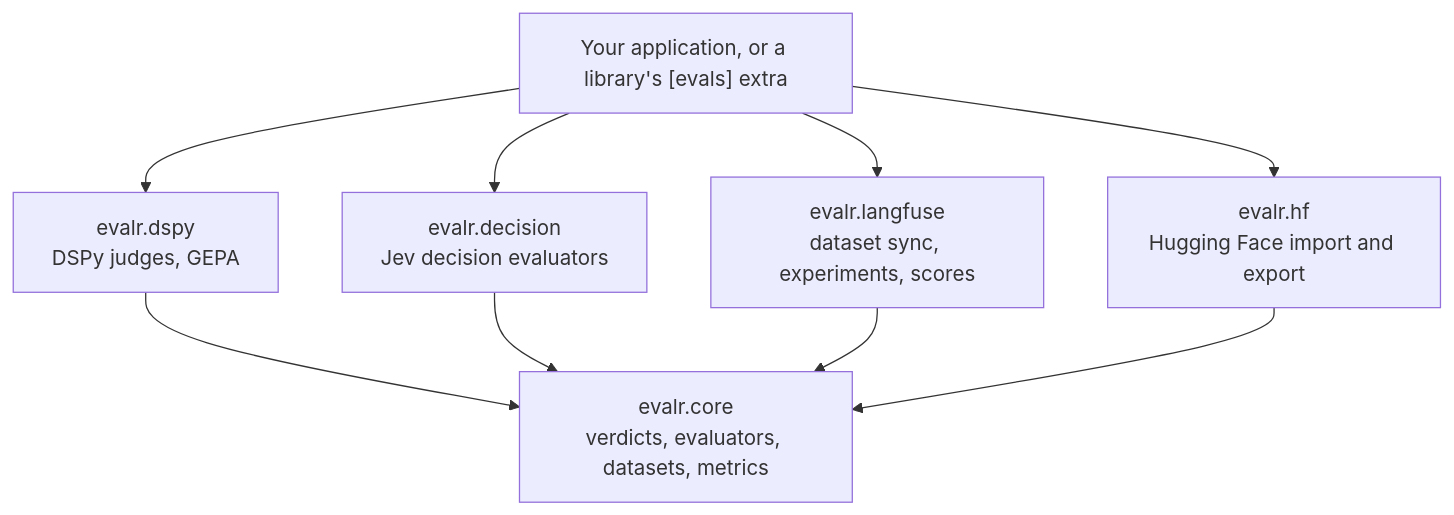
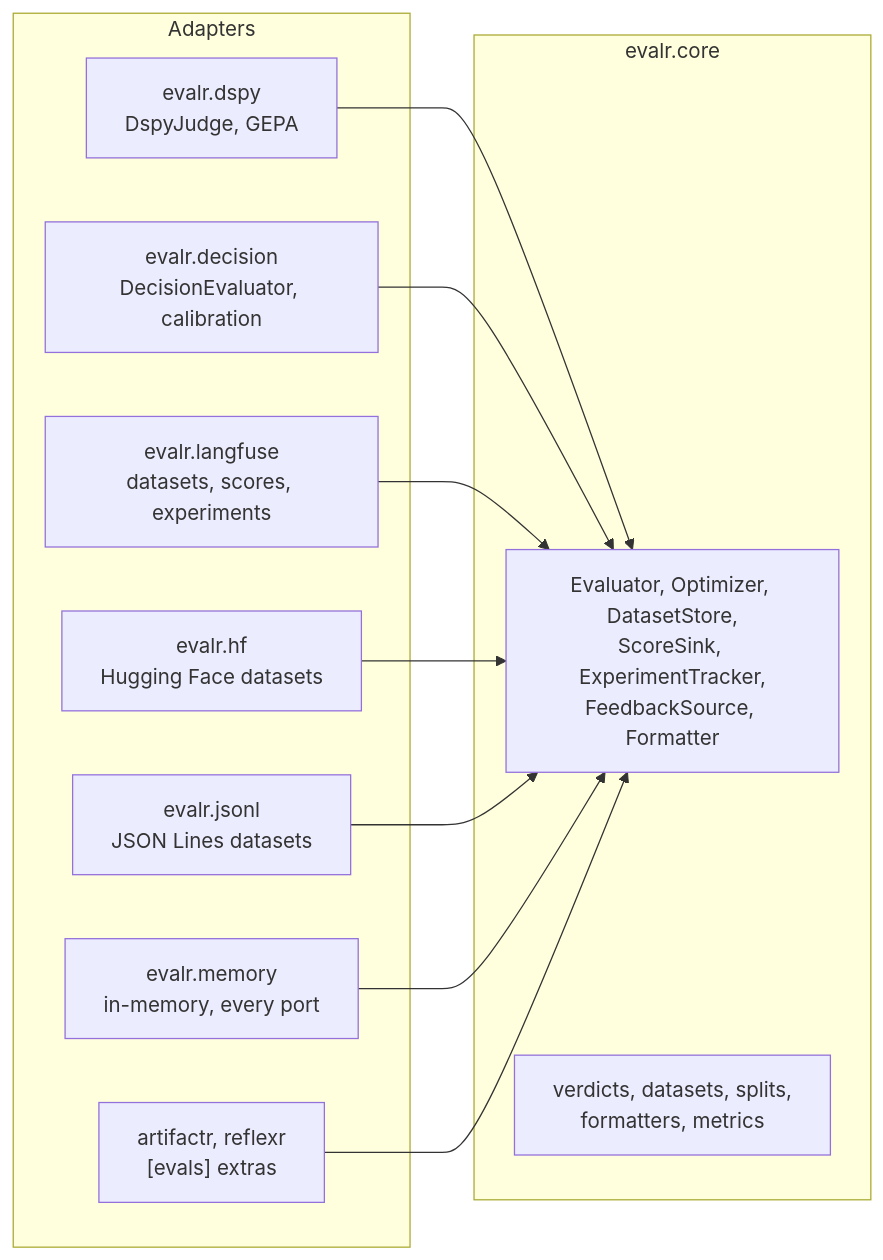
Before and after one commit to alexnodeland/evalr: the diagram in docs/architecture.md, drawn with Mermaid. The commit also changed other lines of this file and 2 other files, not shown here.

First line of the commit message:
docs(adr): build evalr as ports and adapters (#6)

````diff
--- a/docs/architecture.md
+++ b/docs/architecture.md
@@ -34,11 +37,23 @@
 ```mermaid
-graph TD
-    app["Your application, or a library's [evals] extra"] --> dspy["evalr.dspy<br/>DSPy judges, GEPA"]
-    app --> decision["evalr.decision<br/>Jev decision evaluators"]
-    app --> langfuse["evalr.langfuse<br/>dataset sync, experiments, scores"]
-    app --> hf["evalr.hf<br/>Hugging Face import and export"]
-    dspy --> core["evalr.core<br/>verdicts, evaluators, datasets, metrics"]
-    decision --> core
-    langfuse --> core
-    hf --> core
+graph LR
+    subgraph adapters["Adapters"]
+        dspy["evalr.dspy<br/>DspyJudge, GEPA"]
+        decision["evalr.decision<br/>DecisionEvaluator, calibration"]
+        langfuse["evalr.langfuse<br/>datasets, scores, experiments"]
+        hf["evalr.hf<br/>Hugging Face datasets"]
+        jsonl["evalr.jsonl<br/>JSON Lines datasets"]
+        memory["evalr.memory<br/>in-memory, every port"]
+        libs["artifactr, reflexr<br/>[evals] extras"]
+    end
+    subgraph core["evalr.core"]
+        ports["Evaluator, Optimizer, DatasetStore,<br/>ScoreSink, ExperimentTracker,<br/>FeedbackSource, Formatter"]
+        values["verdicts, datasets, splits,<br/>formatters, metrics"]
+    end
+    dspy --> ports
+    decision --> ports
+    langfuse --> ports
+    hf --> ports
+    jsonl --> ports
+    memory --> ports
+    libs --> ports
 ```
````
